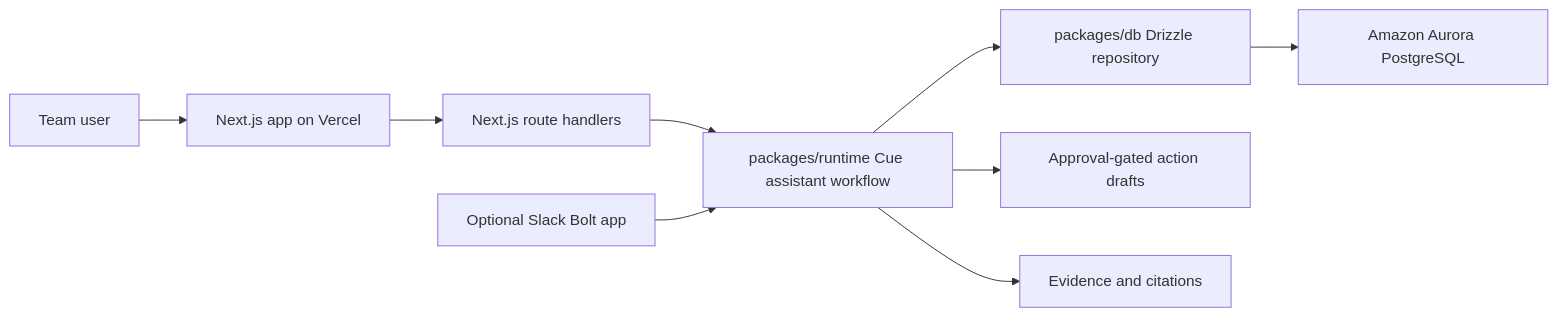
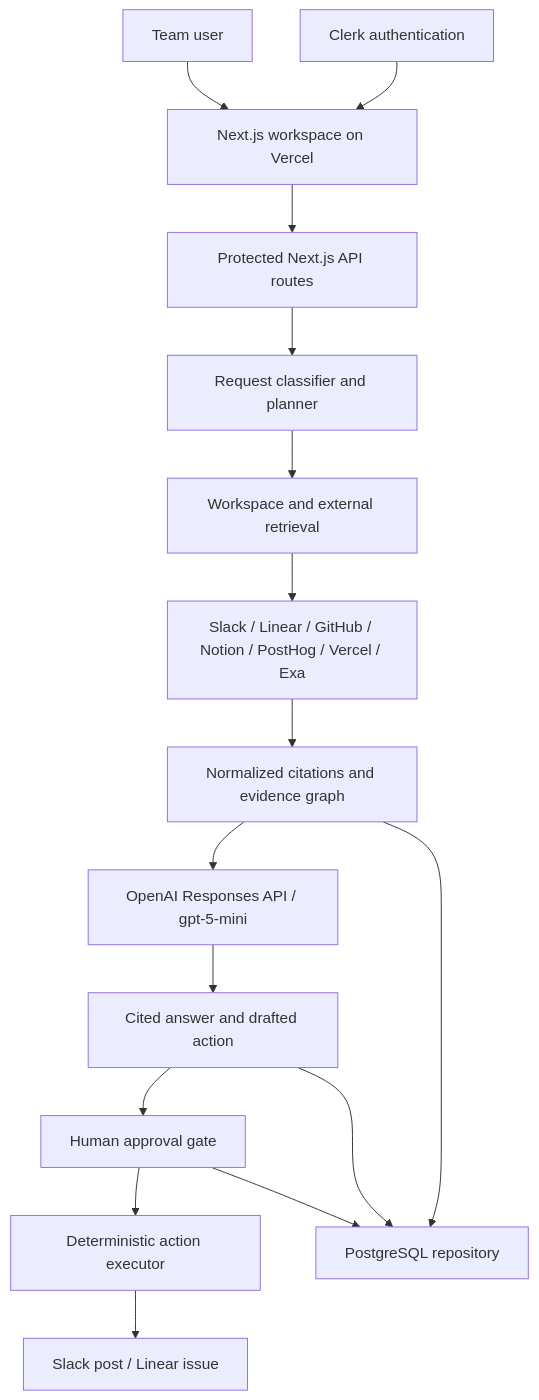
The diagram in docs/architecture.md (AvichalDwivedi2205/cue-h0-hackathon), drawn with Mermaid before and after one commit. The commit also changed other lines of this file and 6 other files, not shown here.

Commit message:
Document setup and system architecture

````diff
--- a/docs/architecture.md
+++ b/docs/architecture.md
@@ -7,11 +7,18 @@
 ```mermaid
-flowchart LR
-  user["Team user"] --> web["Next.js app on Vercel"]
-  web --> api["Next.js route handlers"]
-  api --> runtime["packages/runtime Cue assistant workflow"]
-  runtime --> db["packages/db Drizzle repository"]
-  db --> aurora["Amazon Aurora PostgreSQL"]
-  slack["Optional Slack Bolt app"] --> runtime
-  runtime --> approvals["Approval-gated action drafts"]
-  runtime --> citations["Evidence and citations"]
+flowchart TB
+  user["Team user"] --> web["Next.js workspace on Vercel"]
+  clerk["Clerk authentication"] --> web
+  web --> api["Protected Next.js API routes"]
+  api --> planner["Request classifier and planner"]
+  planner --> retrieval["Workspace and external retrieval"]
+  retrieval --> sources["Slack / Linear / GitHub / Notion / PostHog / Vercel / Exa"]
+  sources --> evidence["Normalized citations and evidence graph"]
+  evidence --> openai["OpenAI Responses API / gpt-5-mini"]
+  openai --> answer["Cited answer and drafted action"]
+  answer --> gate["Human approval gate"]
+  gate --> executor["Deterministic action executor"]
+  executor --> writes["Slack post / Linear issue"]
+  evidence --> postgres["PostgreSQL repository"]
+  answer --> postgres
+  gate --> postgres
 ```
````
